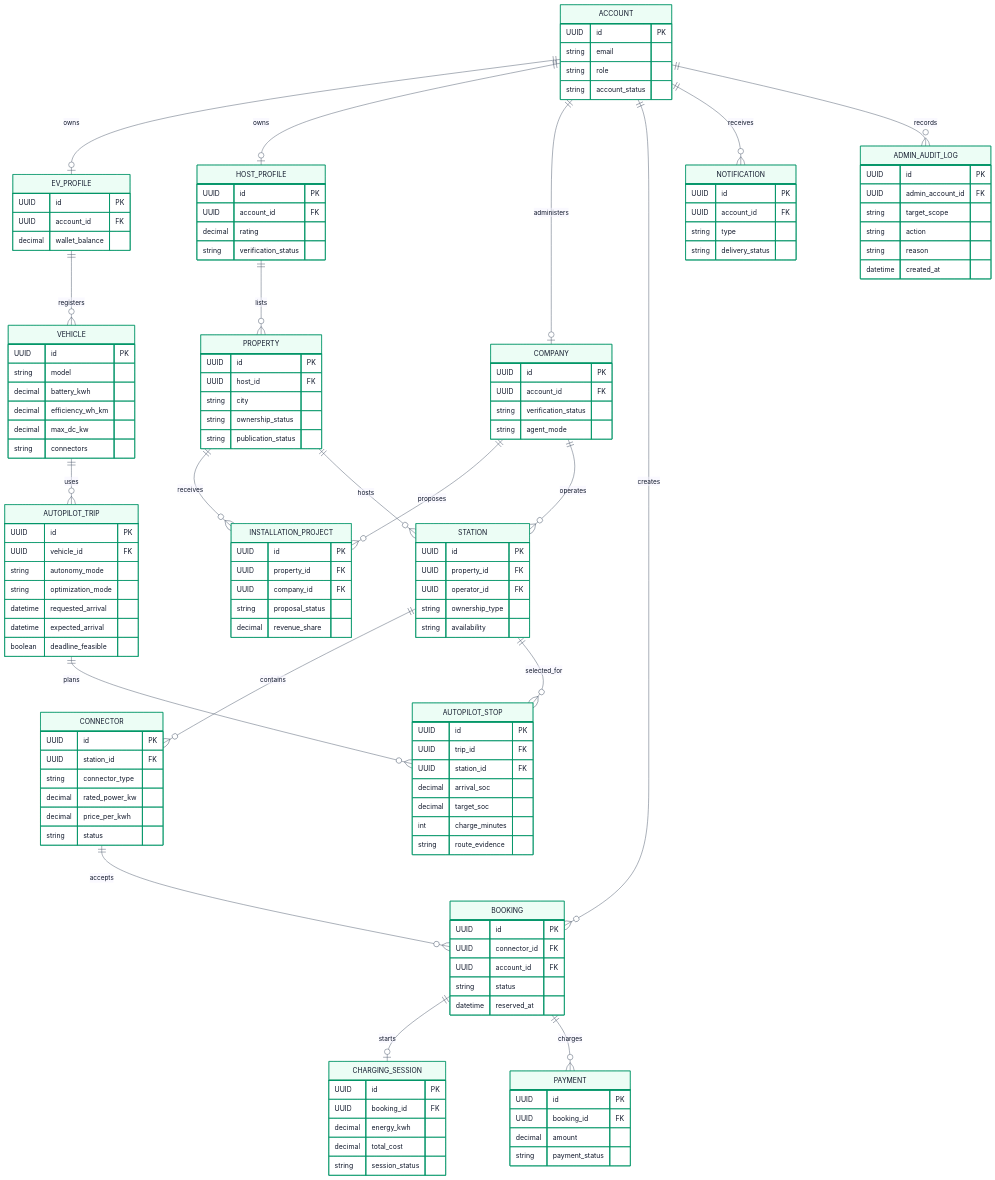
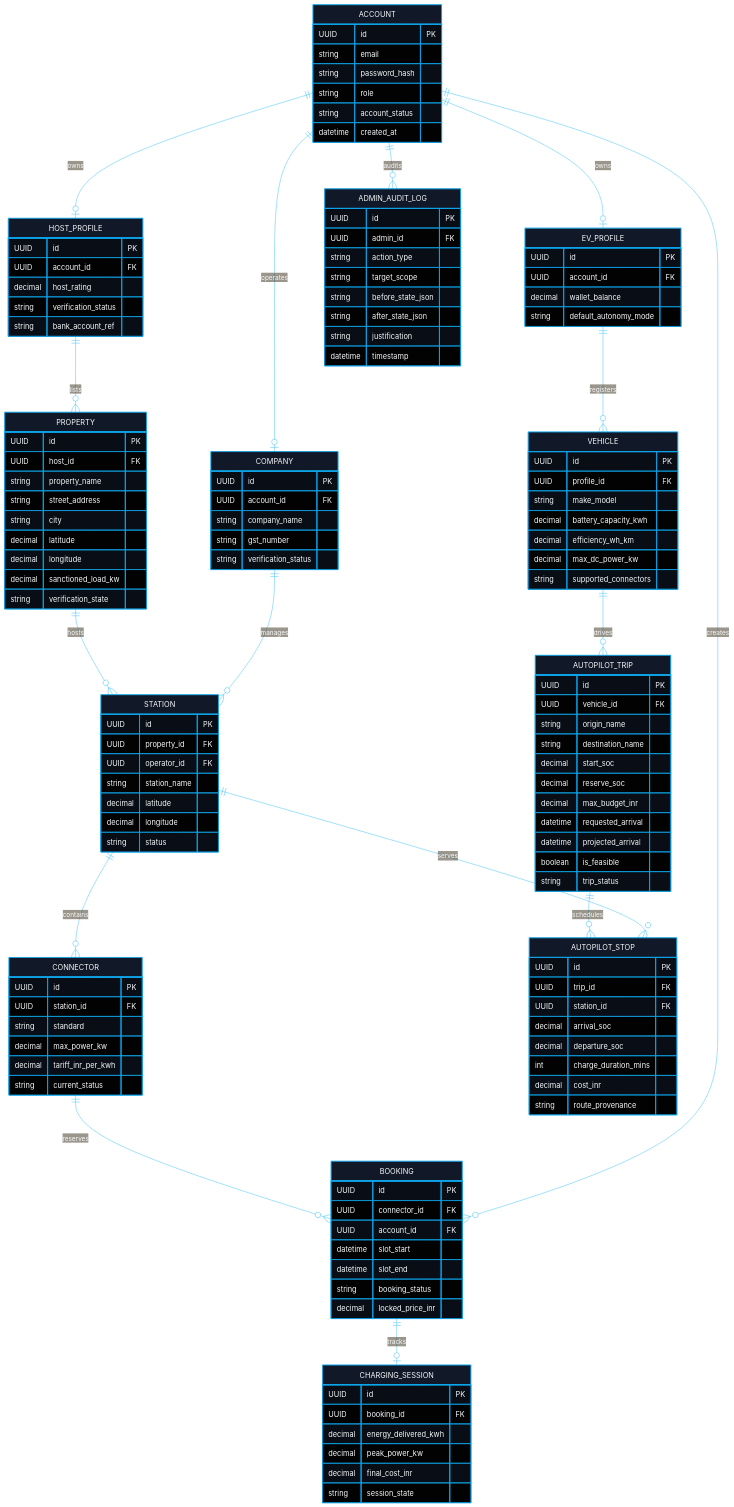
Before and after one commit to cs1m2414238/vidyutEV-1.0: the tenth of 10 diagrams in README.md, drawn with Mermaid. The commit also changed other lines of this file, not shown here.

````diff
--- a/README.md
+++ b/README.md
@@ -535,136 +733,148 @@
 ```mermaid
-%%{init: {"theme":"base","themeVariables":{"background":"#ffffff","fontFamily":"Inter, ui-sans-serif, system-ui, sans-serif","fontSize":"15px","primaryColor":"#ecfdf5","primaryTextColor":"#0f172a","primaryBorderColor":"#059669","lineColor":"#475569","secondaryColor":"#e0f2fe","tertiaryColor":"#f5f3ff","attributeBackgroundColorEven":"#f8fafc","attributeBackgroundColorOdd":"#ffffff"}}}%%
+%%{init: {
+  "theme": "base",
+  "themeVariables": {
+    "darkMode": true,
+    "background": "#0b0f19",
+    "primaryColor": "#111827",
+    "primaryTextColor": "#f8fafc",
+    "primaryBorderColor": "#0ea5e9",
+    "lineColor": "#38bdf8",
+    "attributeBackgroundColorEven": "#0f172a",
+    "attributeBackgroundColorOdd": "#1e293b",
+    "fontFamily": "Inter, monospace"
+  }
+}}%%
 erDiagram
     ACCOUNT {
         UUID id PK
         string email
+        string password_hash
         string role
         string account_status
+        datetime created_at
     }
     EV_PROFILE {
         UUID id PK
         UUID account_id FK
         decimal wallet_balance
+        string default_autonomy_mode
     }
     VEHICLE {
         UUID id PK
-        string model
-        decimal battery_kwh
+        UUID profile_id FK
+        string make_model
+        decimal battery_capacity_kwh
         decimal efficiency_wh_km
-        decimal max_dc_kw
-        string connectors
+        decimal max_dc_power_kw
+        string supported_connectors
     }
     HOST_PROFILE {
         UUID id PK
         UUID account_id FK
-        decimal rating
+        decimal host_rating
         string verification_status
+        string bank_account_ref
     }
     PROPERTY {
         UUID id PK
         UUID host_id FK
+        string property_name
+        string street_address
         string city
-        string ownership_status
-        string publication_status
+        decimal latitude
+        decimal longitude
+        decimal sanctioned_load_kw
+        string verification_state
     }
     COMPANY {
         UUID id PK
         UUID account_id FK
+        string company_name
+        string gst_number
         string verification_status
-        string agent_mode
-    }
-    INSTALLATION_PROJECT {
-        UUID id PK
-        UUID property_id FK
-        UUID company_id FK
-        string proposal_status
-        decimal revenue_share
     }
     STATION {
         UUID id PK
         UUID property_id FK
         UUID operator_id FK
-        string ownership_type
-        string availability
+        string station_name
+        decimal latitude
+        decimal longitude
+        string status
     }
     CONNECTOR {
         UUID id PK
         UUID station_id FK
-        string connector_type
-        decimal rated_power_kw
-        decimal price_per_kwh
-        string status
+        string standard
+        decimal max_power_kw
+        decimal tariff_inr_per_kwh
+        string current_status
     }
     AUTOPILOT_TRIP {
         UUID id PK
         UUID vehicle_id FK
-        string autonomy_mode
-        string optimization_mode
+        string origin_name
+        string destination_name
+        decimal start_soc
+        decimal reserve_soc
+        decimal max_budget_inr
         datetime requested_arrival
-        datetime expected_arrival
-        boolean deadline_feasible
+        datetime projected_arrival
+        boolean is_feasible
+        string trip_status
     }
     AUTOPILOT_STOP {
         UUID id PK
         UUID trip_id FK
         UUID station_id FK
         decimal arrival_soc
-        decimal target_soc
-        int charge_minutes
-        string route_evidence
+        decimal departure_soc
+        int charge_duration_mins
+        decimal cost_inr
+        string route_provenance
     }
     BOOKING {
         UUID id PK
         UUID connector_id FK
         UUID account_id FK
-        string status
-        datetime reserved_at
+        datetime slot_start
+        datetime slot_end
+        string booking_status
+        decimal locked_price_inr
     }
     CHARGING_SESSION {
         UUID id PK
         UUID booking_id FK
-        decimal energy_kwh
-        decimal total_cost
-        string session_status
-    }
-    PAYMENT {
-        UUID id PK
-        UUID booking_id FK
-        decimal amount
-        string payment_status
-    }
-    NOTIFICATION {
-        UUID id PK
-        UUID account_id FK
-        string type
-        string delivery_status
+        decimal energy_delivered_kwh
+        decimal peak_power_kw
+        decimal final_cost_inr
+        string session_state
     }
     ADMIN_AUDIT_LOG {
         UUID id PK
-        UUID admin_account_id FK
+        UUID admin_id FK
+        string action_type
         string target_scope
-        string action
-        string reason
-        datetime created_at
+        string before_state_json
+        string after_state_json
+        string justification
+        datetime timestamp
     }
 
     ACCOUNT ||--o| EV_PROFILE : owns
     ACCOUNT ||--o| HOST_PROFILE : owns
-    ACCOUNT ||--o| COMPANY : administers
+    ACCOUNT ||--o| COMPANY : operates
     EV_PROFILE ||--o{ VEHICLE : registers
     HOST_PROFILE ||--o{ PROPERTY : lists
-    PROPERTY ||--o{ INSTALLATION_PROJECT : receives
-    COMPANY ||--o{ INSTALLATION_PROJECT : proposes
-    COMPANY ||--o{ STATION : operates
     PROPERTY ||--o{ STATION : hosts
+    COMPANY ||--o{ STATION : manages
     STATION ||--o{ CONNECTOR : contains
-    VEHICLE ||--o{ AUTOPILOT_TRIP : uses
-    AUTOPILOT_TRIP ||--o{ AUTOPILOT_STOP : plans
-    STATION ||--o{ AUTOPILOT_STOP : selected_for
+    VEHICLE ||--o{ AUTOPILOT_TRIP : drives
+    AUTOPILOT_TRIP ||--o{ AUTOPILOT_STOP : schedules
+    STATION ||--o{ AUTOPILOT_STOP : serves
+    CONNECTOR ||--o{ BOOKING : reserves
     ACCOUNT ||--o{ BOOKING : creates
-    CONNECTOR ||--o{ BOOKING : accepts
-    BOOKING ||--o| CHARGING_SESSION : starts
-    BOOKING ||--o{ PAYMENT : charges
-    ACCOUNT ||--o{ NOTIFICATION : receives
-    ACCOUNT ||--o{ ADMIN_AUDIT_LOG : records
+    BOOKING ||--o| CHARGING_SESSION : tracks
+    ACCOUNT ||--o{ ADMIN_AUDIT_LOG : audits
 ```
````
